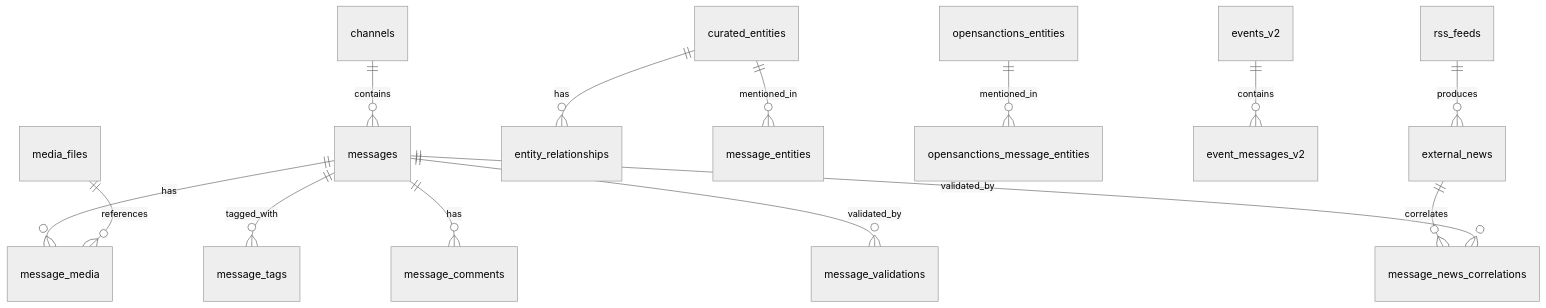
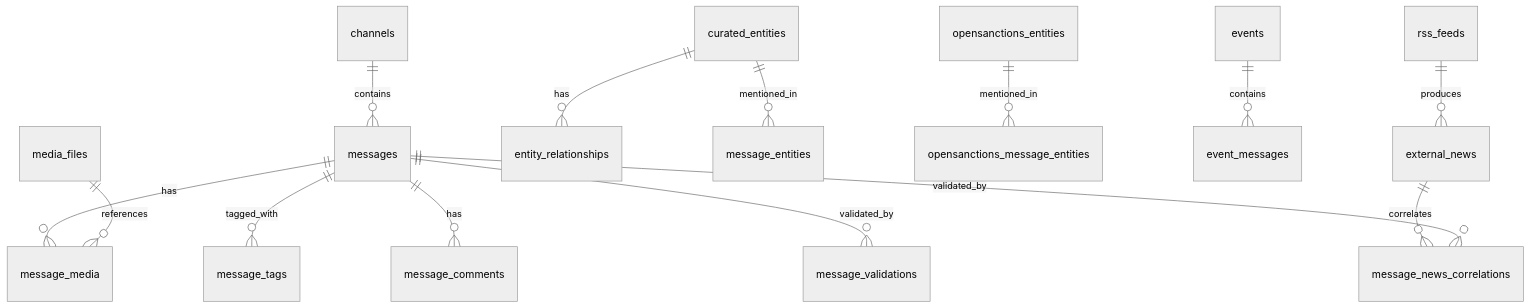
One commit to osintukraine/osint-platform-docs changed the diagram in docs/developer-guide/database-schema.md. Above: the diagram before and after it, drawn with Mermaid (neutral theme). The commit also changed other lines of this file and 5 other files, not shown here.

First line of the commit message:
refactor(schema): remove _v2 suffix from event tables

````diff
--- a/docs/developer-guide/database-schema.md
+++ b/docs/developer-guide/database-schema.md
@@ -405,21 +405,21 @@
 ```mermaid
 erDiagram
     channels ||--o{ messages : contains
     messages ||--o{ message_media : has
     messages ||--o{ message_tags : tagged_with
     messages ||--o{ message_comments : has
     messages ||--o{ message_validations : validated_by
 
     media_files ||--o{ message_media : references
 
     curated_entities ||--o{ entity_relationships : has
     curated_entities ||--o{ message_entities : mentioned_in
 
     opensanctions_entities ||--o{ opensanctions_message_entities : mentioned_in
 
-    events_v2 ||--o{ event_messages_v2 : contains
+    events ||--o{ event_messages : contains
 
     rss_feeds ||--o{ external_news : produces
     external_news ||--o{ message_news_correlations : correlates
     messages ||--o{ message_news_correlations : validated_by
 ```
````
